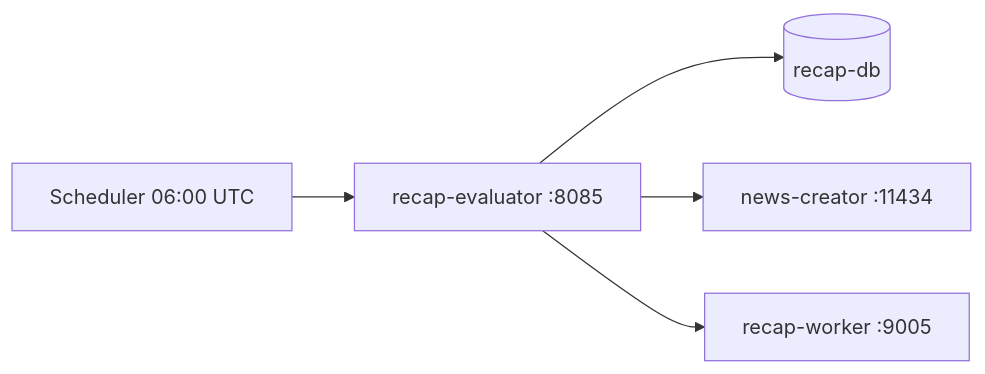
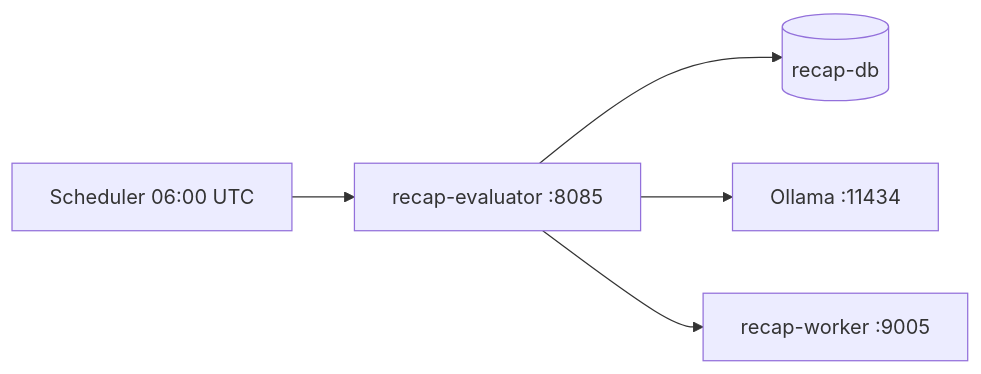
Before and after one commit to Kaikei-e/Alt: the diagram in docs/services/recap-evaluator.md, drawn with Mermaid. The commit also changed other lines of this file and 29 other files, not shown here.

````diff
--- a/docs/services/recap-evaluator.md
+++ b/docs/services/recap-evaluator.md
@@ -30,13 +46,13 @@
 ```mermaid
 flowchart LR
     CRON[Scheduler 06:00 UTC]
     RE[recap-evaluator :8085]
     RDB[(recap-db)]
-    OL[news-creator :11434]
+    OL[Ollama :11434]
     RW[recap-worker :9005]
 
     CRON --> RE
     RE --> RDB
     RE --> OL
     RE --> RW
 ```
````
